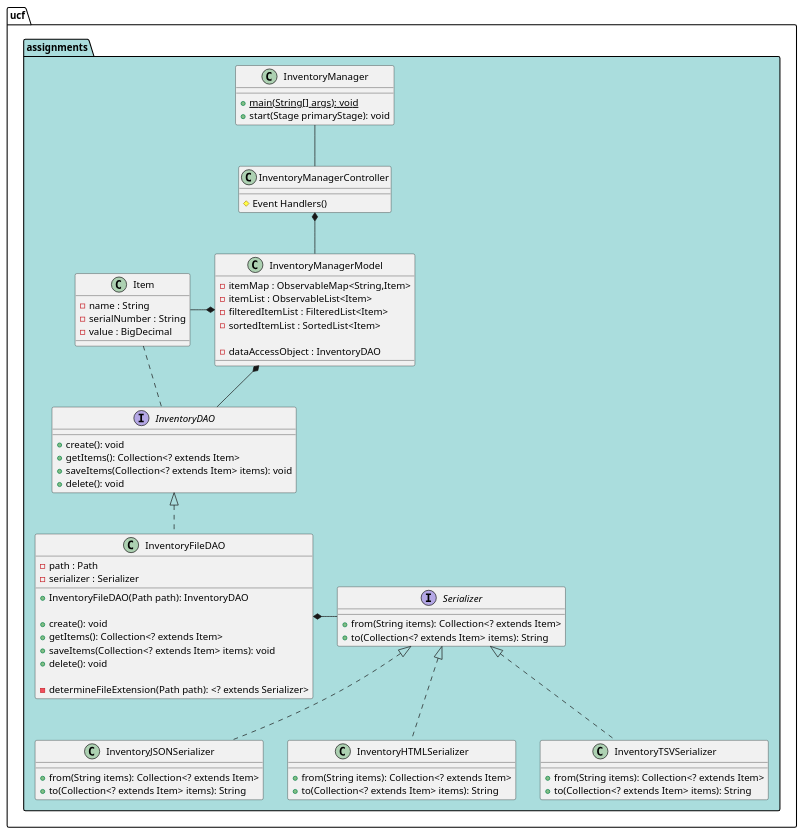
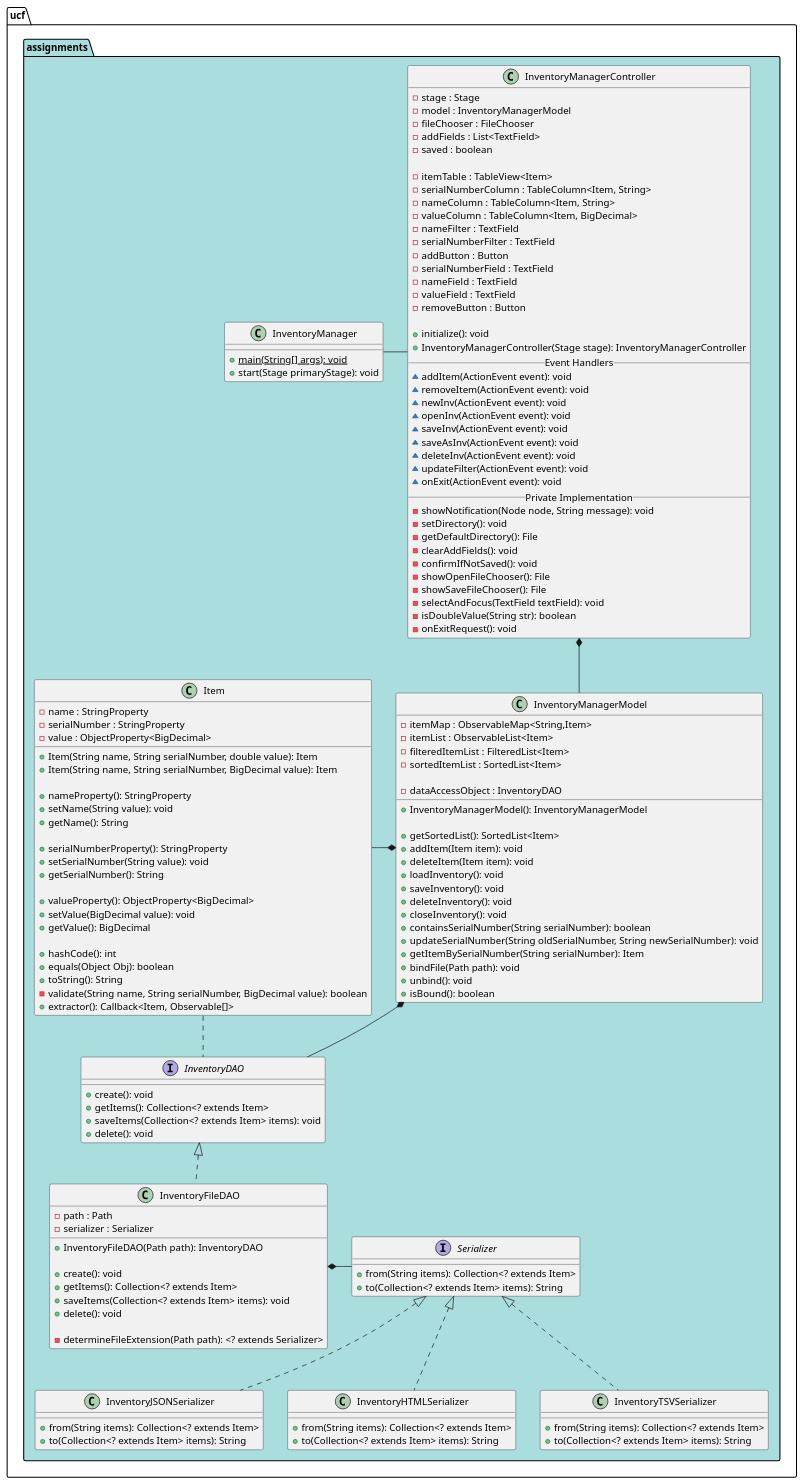
The diagram in uml/ClassDiagram.puml (xera51/gray-4709-a5), drawn with PlantUML before and after one commit.

Commit message:
Complete class diagram

```diff
--- a/uml/ClassDiagram.puml
+++ b/uml/ClassDiagram.puml
@@ -1,82 +1,160 @@
 @startuml
 
 package ucf.assignments #ADD {
 
     class InventoryManager {
         + {static} main(String[] args): void
         + start(Stage primaryStage): void
+    }
+
+    class InventoryManagerController {
+        - stage : Stage
+        - model : InventoryManagerModel
+        - fileChooser : FileChooser
+        - addFields : List<TextField>
+        - saved : boolean
+
+        - itemTable : TableView<Item>
+        - serialNumberColumn : TableColumn<Item, String>
+        - nameColumn : TableColumn<Item, String>
+        - valueColumn : TableColumn<Item, BigDecimal>
+        - nameFilter : TextField
+        - serialNumberFilter : TextField
+        - addButton : Button
+        - serialNumberField : TextField
+        - nameField : TextField
+        - valueField : TextField
+        - removeButton : Button
+
+        + initialize(): void
+        + InventoryManagerController(Stage stage): InventoryManagerController
+        __Event Handlers__
+        ~ addItem(ActionEvent event): void
+        ~ removeItem(ActionEvent event): void
+        ~ newInv(ActionEvent event): void
+        ~ openInv(ActionEvent event): void
+        ~ saveInv(ActionEvent event): void
+        ~ saveAsInv(ActionEvent event): void
+        ~ deleteInv(ActionEvent event): void
+        ~ updateFilter(ActionEvent event): void
+        ~ onExit(ActionEvent event): void
+        __Private Implementation__
+        - showNotification(Node node, String message): void
+        - setDirectory(): void
+        - getDefaultDirectory(): File
+        - clearAddFields(): void
+        - confirmIfNotSaved(): void
+        - showOpenFileChooser(): File
+        - showSaveFileChooser(): File
+        - selectAndFocus(TextField textField): void
+        - isDoubleValue(String str): boolean
+        - onExitRequest(): void
+    }
+
+    class InventoryManagerModel {
+        - itemMap : ObservableMap<String,Item>
+        - itemList : ObservableList<Item>
+        - filteredItemList : FilteredList<Item>
+        - sortedItemList : SortedList<Item>
+
+        - dataAccessObject : InventoryDAO
+
+        + InventoryManagerModel(): InventoryManagerModel
+
+        + getSortedList(): SortedList<Item>
+        + addItem(Item item): void
+        + deleteItem(Item item): void
+        + loadInventory(): void
+        + saveInventory(): void
+        + deleteInventory(): void
+        + closeInventory(): void
+        + containsSerialNumber(String serialNumber): boolean
+        + updateSerialNumber(String oldSerialNumber, String newSerialNumber): void
+        + getItemBySerialNumber(String serialNumber): Item
+        + bindFile(Path path): void
+        + unbind(): void
+        + isBound(): boolean
+    }
+
+    class Item {
+        - name : StringProperty
+        - serialNumber : StringProperty
+        - value : ObjectProperty<BigDecimal>
+
+        + Item(String name, String serialNumber, double value): Item
+        + Item(String name, String serialNumber, BigDecimal value): Item
+
+        + nameProperty(): StringProperty
+        + setName(String value): void
+        + getName(): String
+
+        + serialNumberProperty(): StringProperty
+        + setSerialNumber(String value): void
+        + getSerialNumber(): String
+
+        + valueProperty(): ObjectProperty<BigDecimal>
+        + setValue(BigDecimal value): void
+        + getValue(): BigDecimal
+
+        + hashCode(): int
+        + equals(Object Obj): boolean
+        + toString(): String
+        - validate(String name, String serialNumber, BigDecimal value): boolean
+        + extractor(): Callback<Item, Observable[]>
+    }
+
+    interface InventoryDAO {
+        + create(): void
+        + getItems(): Collection<? extends Item>
+        + saveItems(Collection<? extends Item> items): void
+        + delete(): void
+    }
+
+    class InventoryFileDAO {
+        - path : Path
+        - serializer : Serializer
+
+        + InventoryFileDAO(Path path): InventoryDAO
+
+        + create(): void
+        + getItems(): Collection<? extends Item>
+        + saveItems(Collection<? extends Item> items): void
+        + delete(): void
+
+        - determineFileExtension(Path path): <? extends Serializer>
     }
 
     interface Serializer {
         + from(String items): Collection<? extends Item>
         + to(Collection<? extends Item> items): String
     }
 
     class InventoryJSONSerializer {
         + from(String items): Collection<? extends Item>
         + to(Collection<? extends Item> items): String
     }
 
     class InventoryHTMLSerializer {
         + from(String items): Collection<? extends Item>
         + to(Collection<? extends Item> items): String
     }
 
     class InventoryTSVSerializer {
         + from(String items): Collection<? extends Item>
         + to(Collection<? extends Item> items): String
     }
 
-    class InventoryManagerModel {
-        - itemMap : ObservableMap<String,Item>
-        - itemList : ObservableList<Item>
-        - filteredItemList : FilteredList<Item>
-        - sortedItemList : SortedList<Item>
-
-        - dataAccessObject : InventoryDAO
-    }
-
-    class Item {
-        - name : String
-        - serialNumber : String
-        - value : BigDecimal
-    }
-
-    class InventoryManagerController {
-         # Event Handlers()
-    }
-
-    interface InventoryDAO {
-        + create(): void
-        + getItems(): Collection<? extends Item>
-        + saveItems(Collection<? extends Item> items): void
-        + delete(): void
-    }
-
-    class InventoryFileDAO {
-        - path : Path
-        - serializer : Serializer
-
-        + InventoryFileDAO(Path path): InventoryDAO
-
-        + create(): void
-        + getItems(): Collection<? extends Item>
-        + saveItems(Collection<? extends Item> items): void
-        + delete(): void
-
-        - determineFileExtension(Path path): <? extends Serializer>
-    }
 }
 
-InventoryManager -- InventoryManagerController
+InventoryManager - InventoryManagerController
 InventoryManagerController *-- InventoryManagerModel
 InventoryManagerModel *-- InventoryDAO
 Item -* InventoryManagerModel
 InventoryFileDAO *- Serializer
 Serializer <|.. InventoryJSONSerializer
 Serializer <|.. InventoryHTMLSerializer
 Serializer <|.. InventoryTSVSerializer
 InventoryDAO <|.. InventoryFileDAO
 Item .. InventoryDAO
 
 @enduml
```
